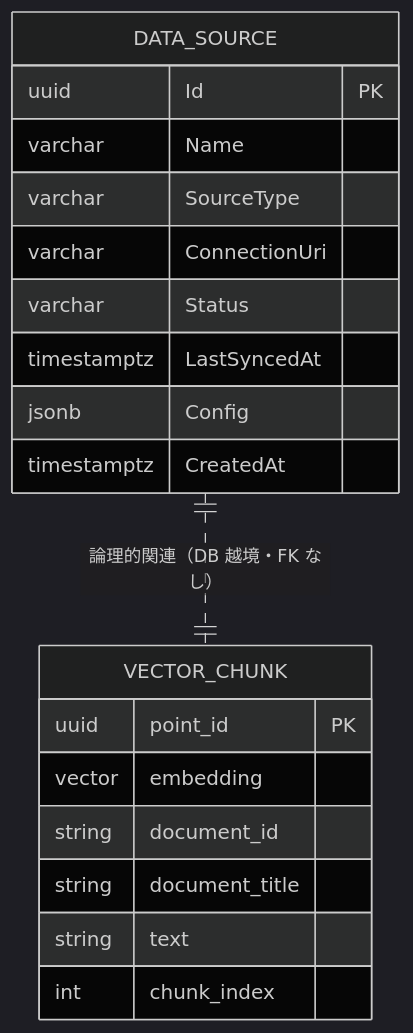
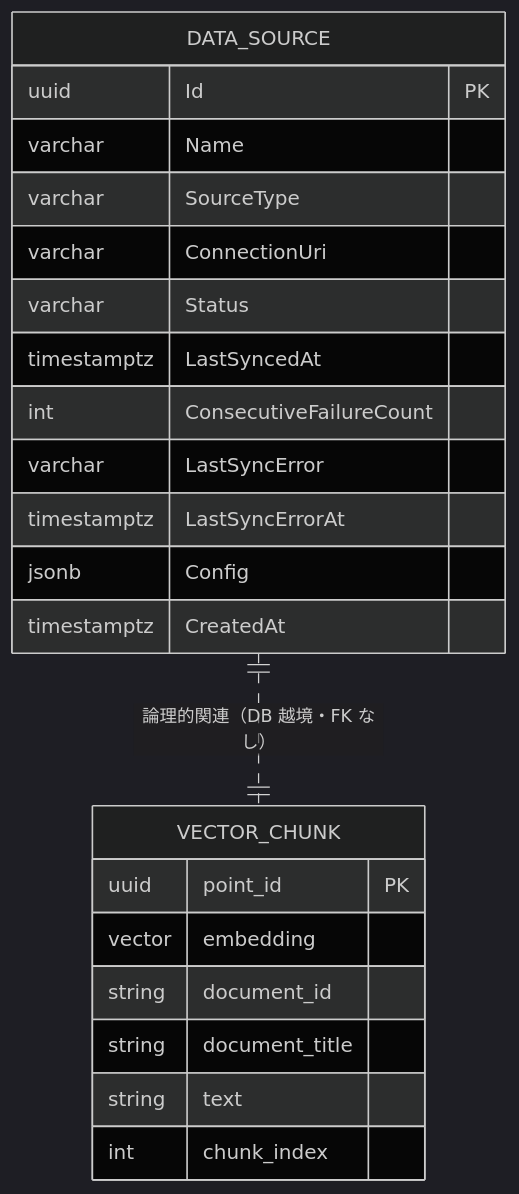
One commit to endazon/microservices-platform changed the diagram in docs/data/data-source.md. Above: the diagram before and after it, drawn with Mermaid (dark theme). The commit also changed other lines of this file and 43 other files, not shown here.

````diff
--- a/docs/data/data-source.md
+++ b/docs/data/data-source.md
@@ -77,22 +80,25 @@
 ```mermaid
 erDiagram
     DATA_SOURCE {
         uuid Id PK
         varchar Name
         varchar SourceType
         varchar ConnectionUri
         varchar Status
         timestamptz LastSyncedAt
+        int ConsecutiveFailureCount
+        varchar LastSyncError
+        timestamptz LastSyncErrorAt
         jsonb Config
         timestamptz CreatedAt
     }
     VECTOR_CHUNK {
         uuid point_id PK
         vector embedding
         string document_id
         string document_title
         string text
         int chunk_index
     }
     DATA_SOURCE ||..|| VECTOR_CHUNK : "論理的関連（DB 越境・FK なし）"
 ```
````
